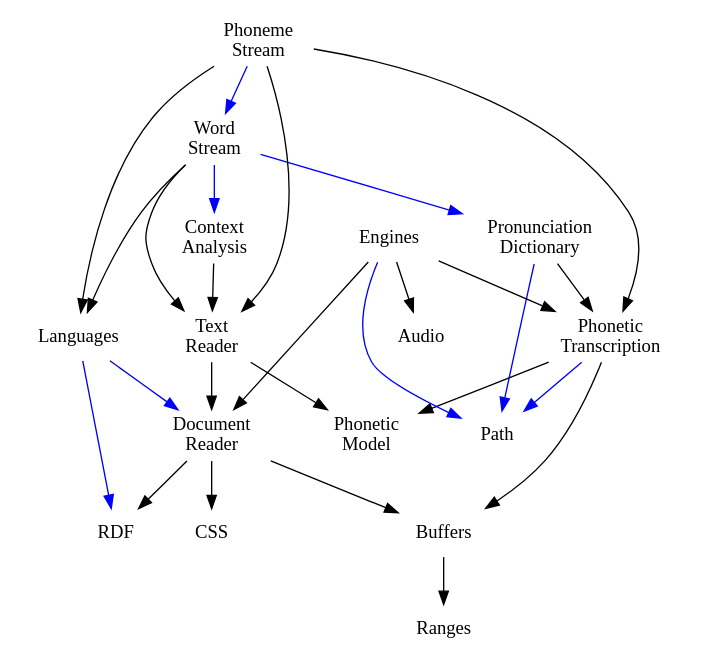
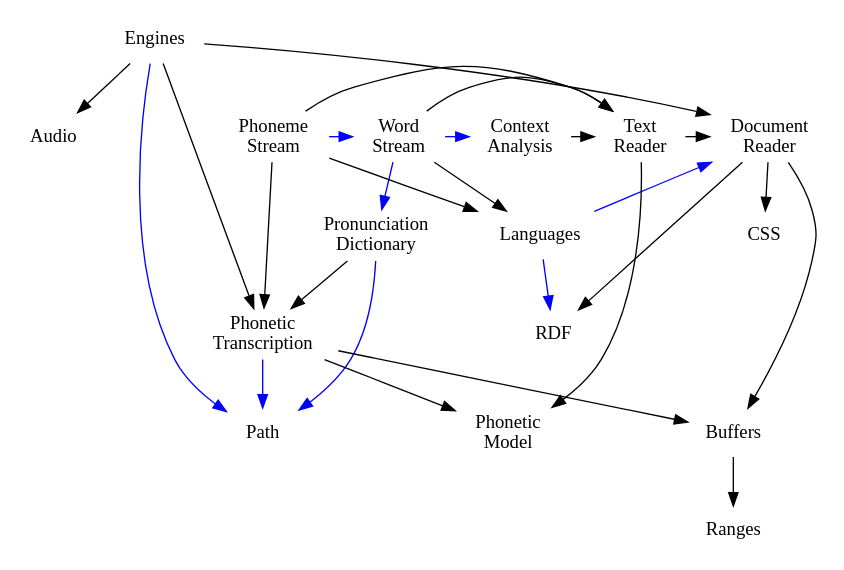
One commit to rhdunn/cainteoir-engine changed the diagram in docs/api/src/architecture.dot. Above: the diagram before and after it, drawn with Graphviz.

Commit message:
architecture.dot: place the document reader to phoneme stream modules of the same rank

```diff
--- a/docs/api/src/architecture.dot
+++ b/docs/api/src/architecture.dot
@@ -1,65 +1,70 @@
 digraph "Architecture" {
 
 	audio                  [shape=none, label="Audio", URL="group__audio.html"]
 	buffers                [shape=none, label="Buffers", URL="group__buffers.html"]
 	css                    [shape=none, label="CSS", URL="group__css.html"]
 	dictionary             [shape=none, label="Pronunciation&#x0A;Dictionary", URL="group__dictionary.html"]
-	document_reader        [shape=none, label="Document&#x0A;Reader", URL="group__document__reader.html"]
 	languages              [shape=none, label="Languages", URL="group__languages.html"]
 	path                   [shape=none, label="Path", URL="group__path.html"]
 	phoneme_model          [shape=none, label="Phonetic&#x0A;Model", URL="group__phoneme.html"]
 	phoneme_transcription  [shape=none, label="Phonetic&#x0A;Transcription", URL="group__phonetic__transcription.html"]
 	ranges                 [shape=none, label="Ranges", URL="group__ranges.html"]
 	rdf                    [shape=none, label="RDF", URL="group__rdf.html"]
+	tts_engines            [shape=none, label="Engines", URL="group__tts__engines.html"]
+
+	subgraph { rank=same;
+
+	document_reader        [shape=none, label="Document&#x0A;Reader", URL="group__document__reader.html"]
 	text_reader            [shape=none, label="Text&#x0A;Reader", URL="group__text__reader.html"]
 	context_analysis       [shape=none, label="Context&#x0A;Analysis", URL="group__context__analysis.html"]
 	word_stream            [shape=none, label="Word&#x0A;Stream", URL="group__word__stream.html"]
 	phoneme_stream         [shape=none, label="Phoneme&#x0A;Stream", URL="group__phoneme__stream.html"]
-	tts_engines            [shape=none, label="Engines", URL="group__tts__engines.html"]
+
+	}
 
 	// usage (API)
 
 	buffers -> ranges [color=black]
 
 	dictionary -> phoneme_transcription [color=black]
 
 	document_reader -> buffers [color=black]
 	document_reader -> rdf     [color=black]
 	document_reader -> css     [color=black]
 
 	phoneme_transcription -> buffers [color=black]
 	phoneme_transcription -> phoneme_model [color=black]
 
 	text_reader -> phoneme_model [color=black]
 	text_reader -> document_reader [color=black]
 
 	context_analysis -> text_reader [color=black]
 
 	word_stream -> text_reader [color=black]
 	word_stream -> languages [color=black]
 
 	phoneme_stream -> text_reader [color=black]
 	phoneme_stream -> languages [color=black]
 	phoneme_stream -> phoneme_transcription [color=black]
 
 	tts_engines -> document_reader [color=black]
 	tts_engines -> audio [color=black]
 	tts_engines -> phoneme_transcription [color=black]
 
 	// usage (implementation)
 
 	dictionary -> path [color=blue]
 
 	languages -> rdf [color=blue]
 	languages -> document_reader [color=blue]
 
 	phoneme_transcription -> path [color=blue]
 
 	tts_engines -> path [color=blue]
 
 	word_stream -> context_analysis [color=blue]
 	word_stream -> dictionary [color=blue]
 
 	phoneme_stream -> word_stream [color=blue]
 
 }
```
